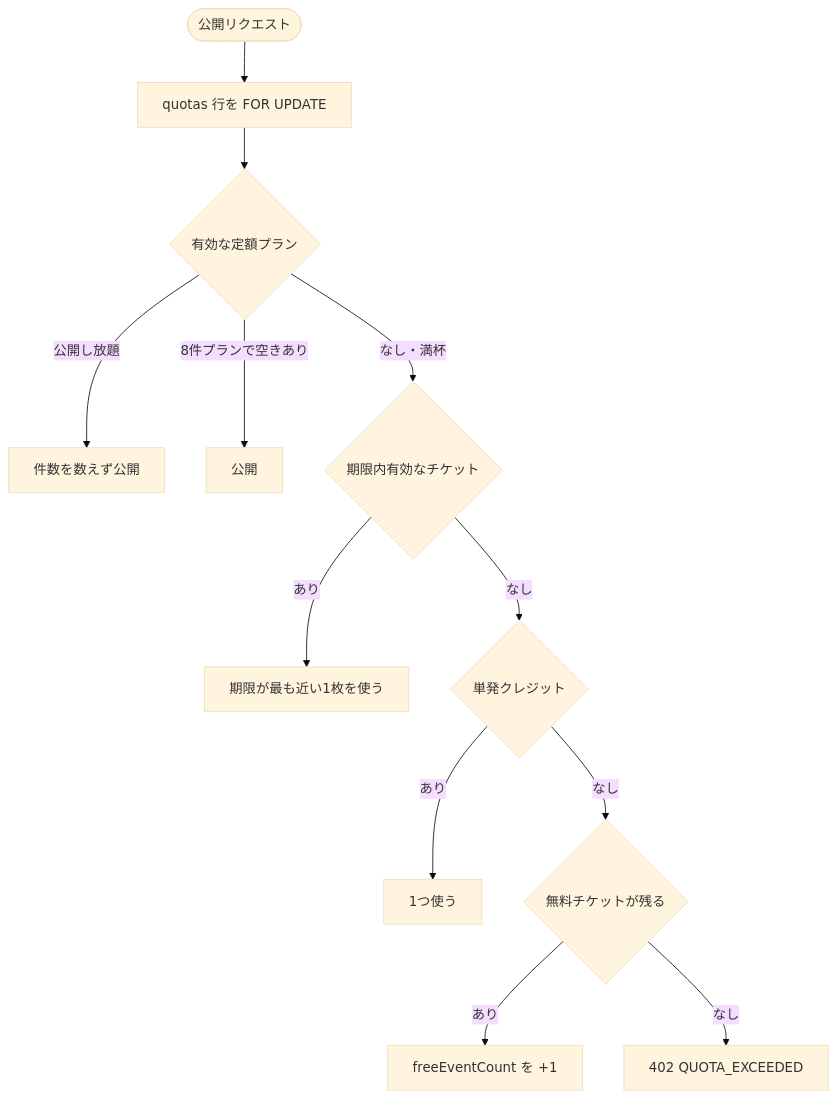
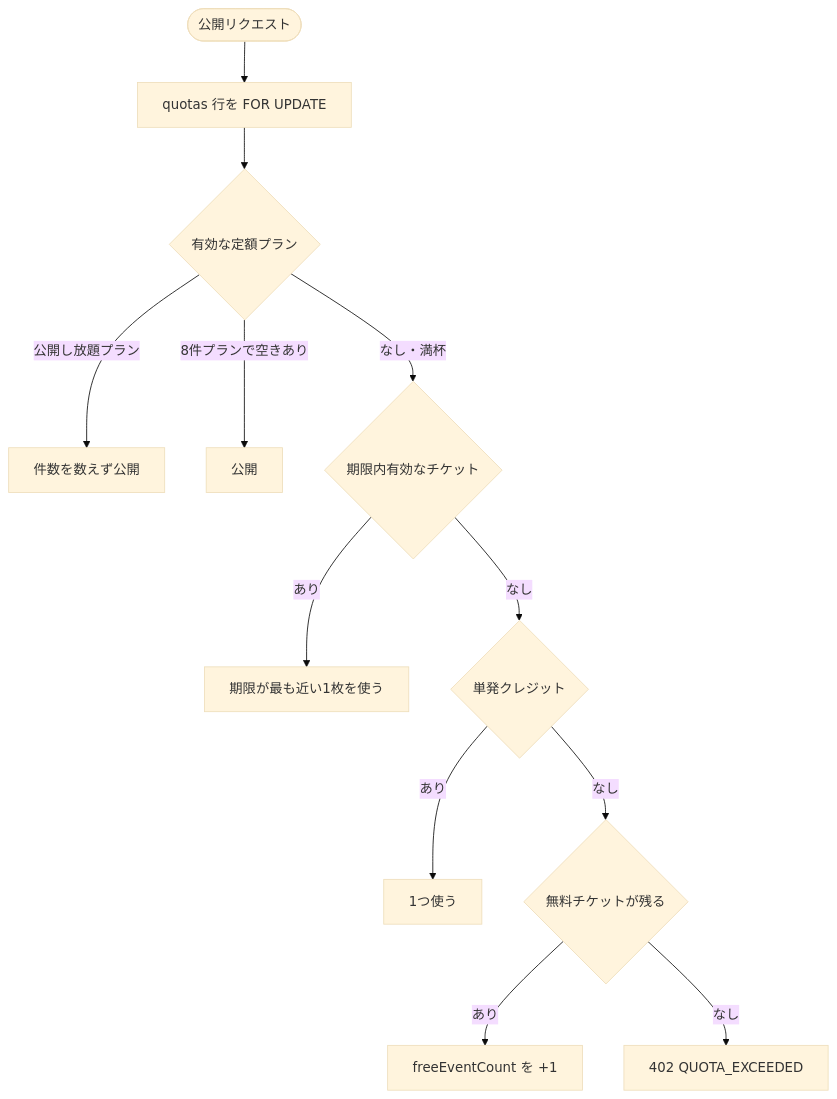
Before and after one commit to HirofumiSato/EventKreater: the diagram in docs/issues/free-ticket-and-referral.md, drawn with Mermaid (base theme). The commit also changed other lines of this file and 59 other files, not shown here.

````diff
--- a/docs/issues/free-ticket-and-referral.md
+++ b/docs/issues/free-ticket-and-referral.md
@@ -142,14 +142,14 @@
 ```mermaid
 flowchart TD
     Start(["公開リクエスト"]) --> Lock["quotas 行を FOR UPDATE"]
     Lock --> Sub{"有効な定額プラン"}
-    Sub -->|"公開し放題"| Unlimited["件数を数えず公開"]
+    Sub -->|"公開し放題プラン"| Unlimited["件数を数えず公開"]
     Sub -->|"8件プランで空きあり"| Monthly8["公開"]
     Sub -->|"なし・満杯"| Ticket{"期限内有効なチケット"}
     Ticket -->|"あり"| UseTicket["期限が最も近い1枚を使う"]
     Ticket -->|"なし"| Credit{"単発クレジット"}
     Credit -->|"あり"| UseCredit["1つ使う"]
     Credit -->|"なし"| Free{"無料チケットが残る"}
     Free -->|"あり"| UseFree["freeEventCount を +1"]
     Free -->|"なし"| Show402["402 QUOTA_EXCEEDED"]
 ```
````
